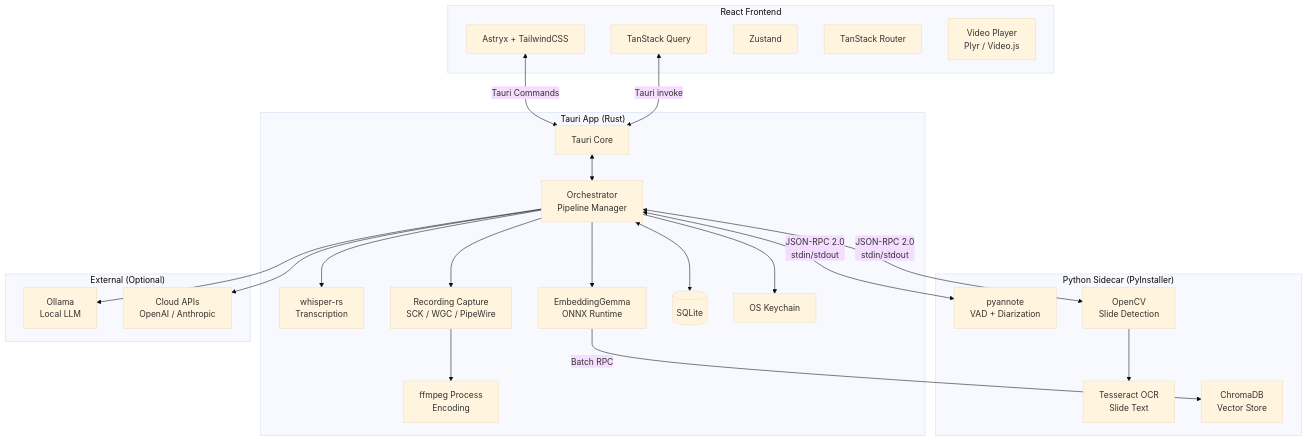
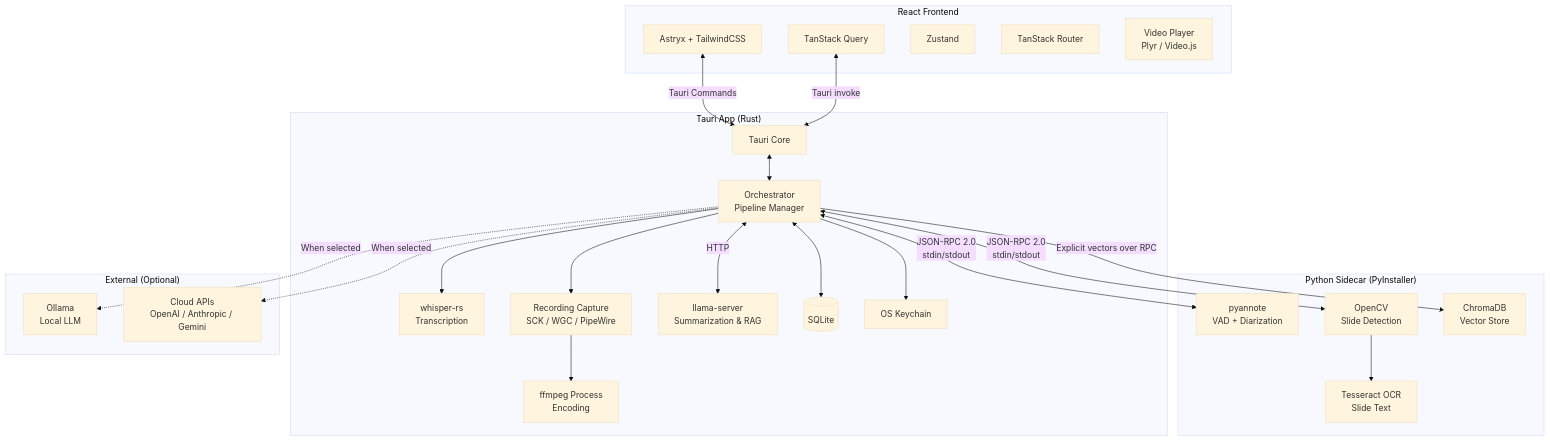
One commit to Astral420/Locus changed the first of 3 diagrams in docs/plans/DESIGN.md. Above: the diagram before and after it, drawn with Mermaid (base theme). The commit also changed other lines of this file and 8 other files, not shown here.

````diff
--- a/docs/plans/DESIGN.md
+++ b/docs/plans/DESIGN.md
@@ -28,49 +32,49 @@
 ```mermaid
 graph TB
     subgraph "Tauri App (Rust)"
         TC[Tauri Core]
         WR[whisper-rs<br/>Transcription]
         RC[Recording Capture<br/>SCK / WGC / PipeWire]
         FF[ffmpeg Process<br/>Encoding]
         ORC[Orchestrator<br/>Pipeline Manager]
-        EMB[EmbeddingGemma<br/>ONNX Runtime]
+        LLM[llama-server<br/>Summarization & RAG]
         DB[(SQLite)]
         KC[OS Keychain]
     end
 
     subgraph "React Frontend"
         UI[Astryx + TailwindCSS]
         TQ[TanStack Query]
         ZS[Zustand]
         TR[TanStack Router]
         VP[Video Player<br/>Plyr / Video.js]
     end
 
     subgraph "Python Sidecar (PyInstaller)"
         PA[pyannote<br/>VAD + Diarization]
         CV[OpenCV<br/>Slide Detection]
         TS[Tesseract OCR<br/>Slide Text]
         CHR[ChromaDB<br/>Vector Store]
     end
 
     subgraph "External (Optional)"
         OL[Ollama<br/>Local LLM]
-        CL[Cloud APIs<br/>OpenAI / Anthropic]
+        CL[Cloud APIs<br/>OpenAI / Anthropic / Gemini]
     end
 
     UI <-->|Tauri Commands| TC
     TC <--> ORC
     ORC --> WR
     ORC --> RC
     RC --> FF
     ORC <-->|JSON-RPC 2.0<br/>stdin/stdout| PA
     ORC <-->|JSON-RPC 2.0<br/>stdin/stdout| CV
-    ORC --> EMB
-    EMB -->|Batch RPC| CHR
+    ORC <-->|HTTP| LLM
+    ORC -->|Explicit vectors over RPC| CHR
     CV --> TS
     ORC <--> DB
     ORC --> KC
-    ORC --> OL
-    ORC --> CL
+    ORC -.->|When selected| OL
+    ORC -.->|When selected| CL
     TQ <-->|Tauri invoke| TC
 ```
````
